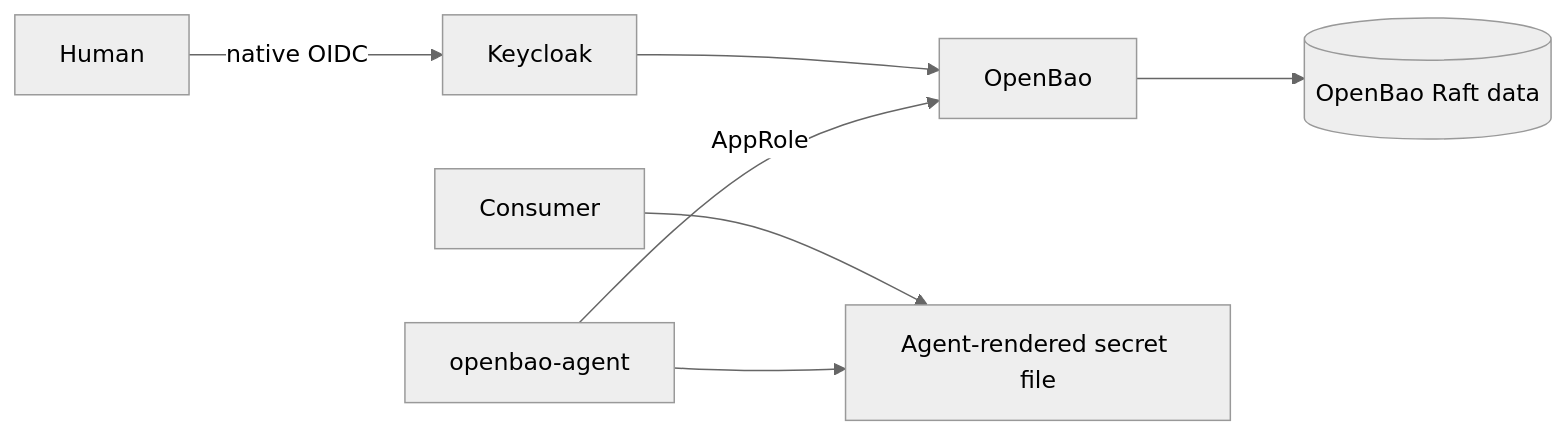
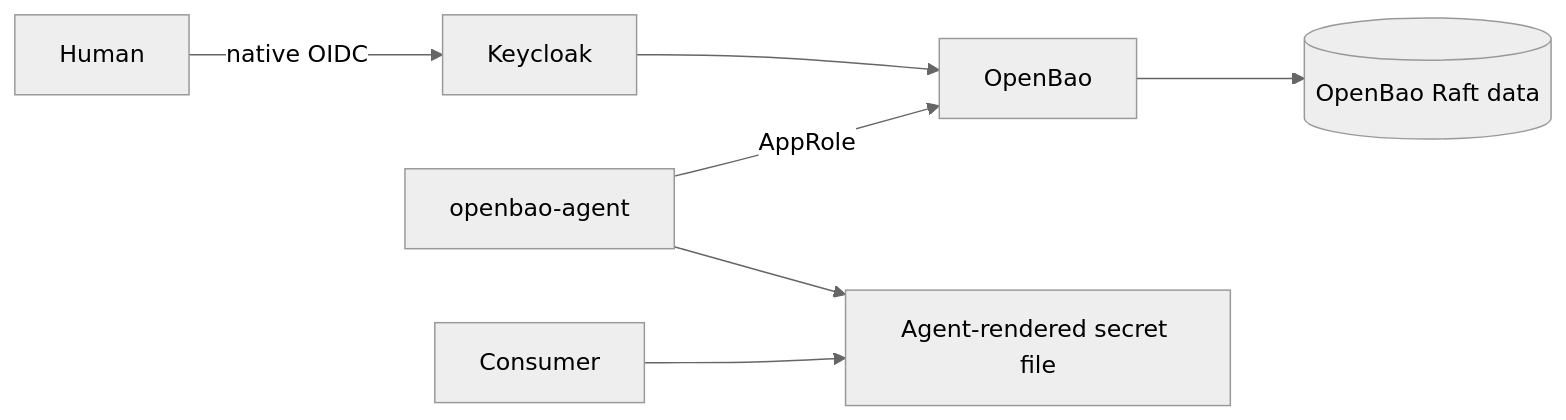
The diagram in docs/02.architecture/descriptions/0003-security-architecture.md (buenhyden/hy-home.docker), drawn with Mermaid (neutral theme) before and after one commit. The commit also changed other lines of this file and 8 other files, not shown here.

First line of the commit message:
docs(architecture): Align core tier descriptions with the workspace

````diff
--- a/docs/02.architecture/descriptions/0003-security-architecture.md
+++ b/docs/02.architecture/descriptions/0003-security-architecture.md
@@ -57,9 +47,9 @@
 ```mermaid
 flowchart LR
   Human -->|native OIDC| Keycloak
   Keycloak --> OpenBao
-  Consumer --> Rendered[Agent-rendered secret file]
   Agent[openbao-agent] -->|AppRole| OpenBao
   OpenBao --> Raft[(OpenBao Raft data)]
-  Agent --> Rendered
+  Agent --> Rendered[Agent-rendered secret file]
+  Consumer --> Rendered
 ```
````
